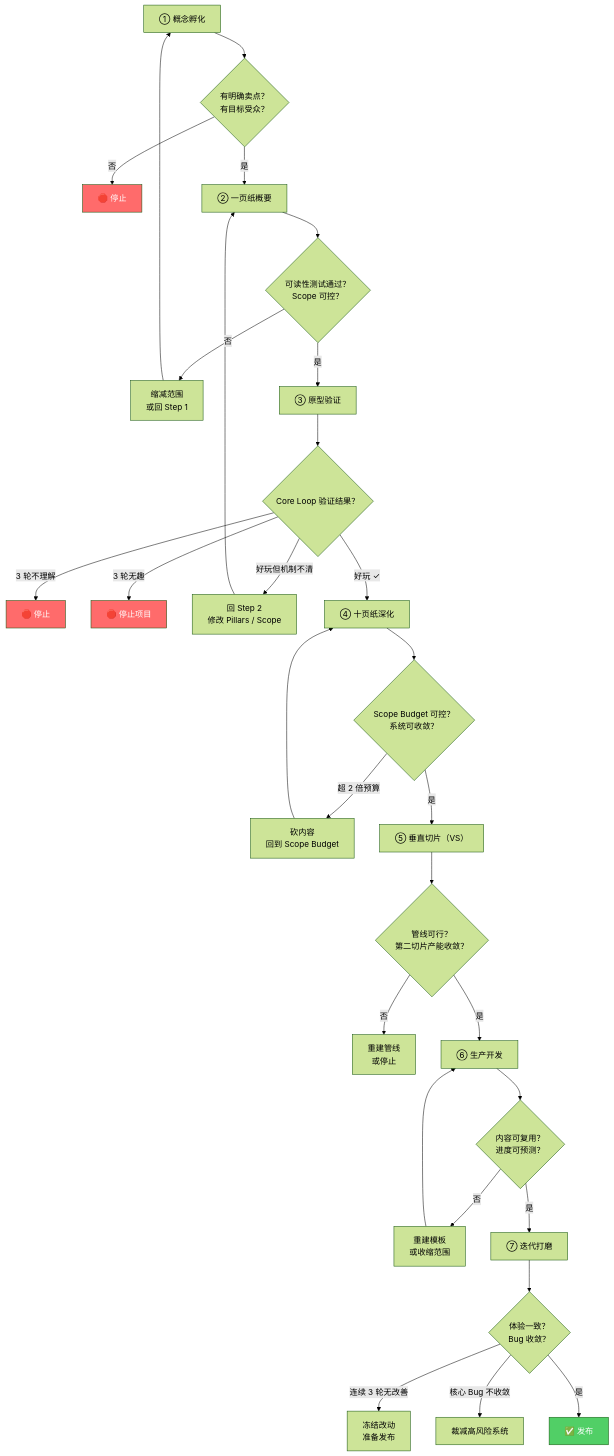
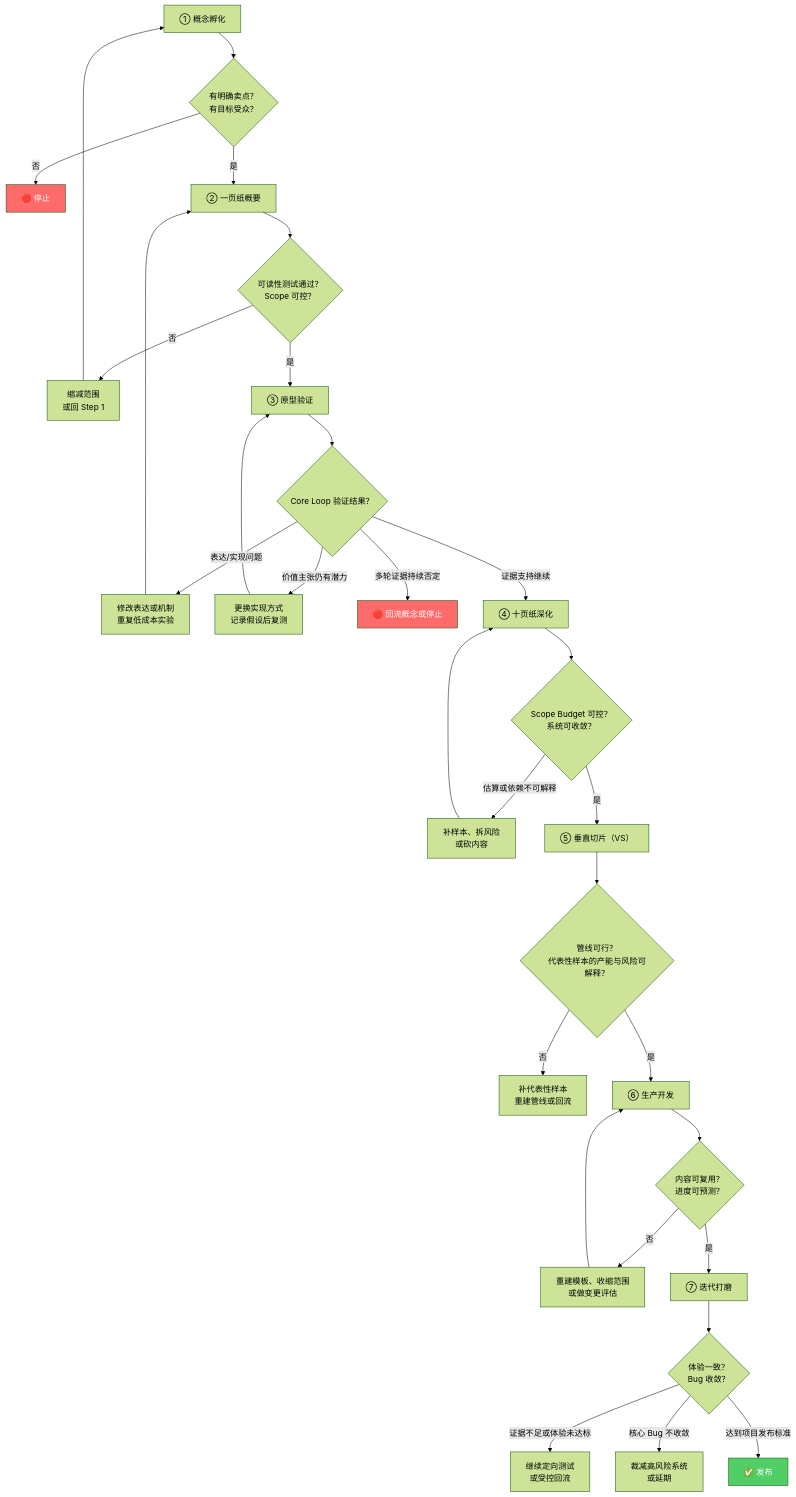
One commit to xccds/indie-game-design-methodology changed the diagram in book/chapter-02-双螺旋模型.md. Above: the diagram before and after it, drawn with Mermaid (forest theme). The commit also changed other lines of this file and 21 other files, not shown here.

````diff
--- a/book/chapter-02-双螺旋模型.md
+++ b/book/chapter-02-双螺旋模型.md
@@ -260,36 +260,36 @@
 ```mermaid
 flowchart TD
     S1["① 概念孵化"] --> Q1{"有明确卖点？<br/>有目标受众？"}
     Q1 -->|否| STOP1["🛑 停止"]
     Q1 -->|是| S2["② 一页纸概要"]
     S2 --> Q2{"可读性测试通过？<br/>Scope 可控？"}
     Q2 -->|否| FIX1["缩减范围<br/>或回 Step 1"]
     FIX1 --> S1
     Q2 -->|是| S3["③ 原型验证"]
     S3 --> Q3{"Core Loop 验证结果？"}
-    Q3 -->|3 轮不理解| STOP2["🛑 停止"]
-    Q3 -->|3 轮无趣| STOP3["🛑 停止项目"]
-    Q3 -->|好玩但机制不清| FIX2["回 Step 2<br/>修改 Pillars / Scope"]
+    Q3 -->|表达/实现问题| FIX2["修改表达或机制<br/>重复低成本实验"]
+    Q3 -->|价值主张仍有潜力| FIX3["更换实现方式<br/>记录假设后复测"]
+    Q3 -->|多轮证据持续否定| STOP2["🛑 回流概念或停止"]
+    Q3 -->|证据支持继续| S4["④ 十页纸深化"]
     FIX2 --> S2
-    Q3 -->|好玩 ✓| S4["④ 十页纸深化"]
+    FIX3 --> S3
     S4 --> Q4{"Scope Budget 可控？<br/>系统可收敛？"}
-    Q4 -->|超 2 倍预算| FIX3["砍内容<br/>回到 Scope Budget"]
-    FIX3 --> S4
+    Q4 -->|估算或依赖不可解释| FIX4["补样本、拆风险<br/>或砍内容"]
+    FIX4 --> S4
     Q4 -->|是| S5["⑤ 垂直切片（VS）"]
-    S5 --> Q5{"管线可行？<br/>第二切片产能收敛？"}
-    Q5 -->|否| FIX4["重建管线<br/>或停止"]
+    S5 --> Q5{"管线可行？<br/>代表性样本的产能与风险可解释？"}
+    Q5 -->|否| FIX5["补代表性样本<br/>重建管线或回流"]
     Q5 -->|是| S6["⑥ 生产开发"]
     S6 --> Q6{"内容可复用？<br/>进度可预测？"}
-    Q6 -->|否| FIX5["重建模板<br/>或收缩范围"]
-    FIX5 --> S6
+    Q6 -->|否| FIX6["重建模板、收缩范围<br/>或做变更评估"]
+    FIX6 --> S6
     Q6 -->|是| S7["⑦ 迭代打磨"]
     S7 --> Q7{"体验一致？<br/>Bug 收敛？"}
-    Q7 -->|连续 3 轮无改善| FIX6["冻结改动<br/>准备发布"]
-    Q7 -->|核心 Bug 不收敛| FIX7["裁减高风险系统"]
-    Q7 -->|是| PUBLISH["✅ 发布"]
+    Q7 -->|证据不足或体验未达标| FIX7["继续定向测试<br/>或受控回流"]
+    Q7 -->|核心 Bug 不收敛| FIX8["裁减高风险系统<br/>或延期"]
+    Q7 -->|达到项目发布标准| PUBLISH["✅ 发布"]
 
     style STOP1 fill:#ff6b6b,color:#fff
     style STOP2 fill:#ff6b6b,color:#fff
-    style STOP3 fill:#ff6b6b,color:#fff
     style PUBLISH fill:#51cf66,color:#fff
 ```
````
